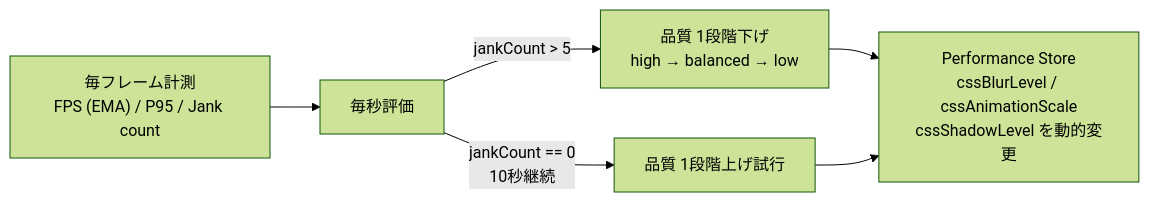
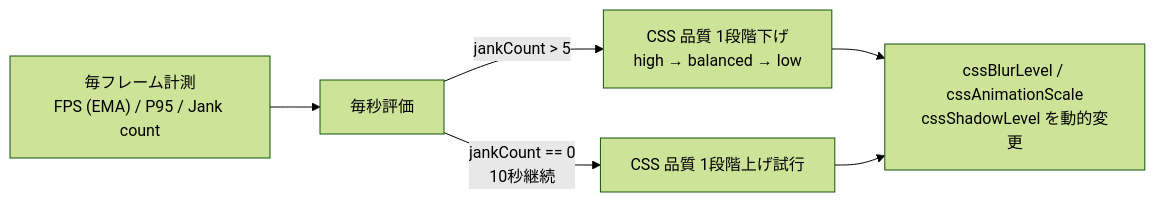
Before and after one commit to hitalin/notedeck: the fourth of 4 diagrams in DEVELOPMENT.md, drawn with Mermaid (forest theme). The commit also changed other lines of this file and 6 other files, not shown here.

````diff
--- a/DEVELOPMENT.md
+++ b/DEVELOPMENT.md
@@ -591,8 +485,8 @@
 ```mermaid
 graph LR
     MEASURE["毎フレーム計測<br/>FPS (EMA) / P95 / Jank count"] --> EVAL["毎秒評価"]
-    EVAL -->|jankCount &gt; 5| DOWN["品質 1段階下げ<br/>high → balanced → low"]
-    EVAL -->|jankCount == 0<br/>10秒継続| UP["品質 1段階上げ試行"]
-    DOWN --> STORE["Performance Store<br/>cssBlurLevel / cssAnimationScale<br/>cssShadowLevel を動的変更"]
-    UP --> STORE
+    EVAL -->|jankCount &gt; 5| DOWN["CSS 品質 1段階下げ<br/>high → balanced → low"]
+    EVAL -->|jankCount == 0<br/>10秒継続| UP["CSS 品質 1段階上げ試行"]
+    DOWN --> CSS["cssBlurLevel / cssAnimationScale<br/>cssShadowLevel を動的変更"]
+    UP --> CSS
 ```
````
